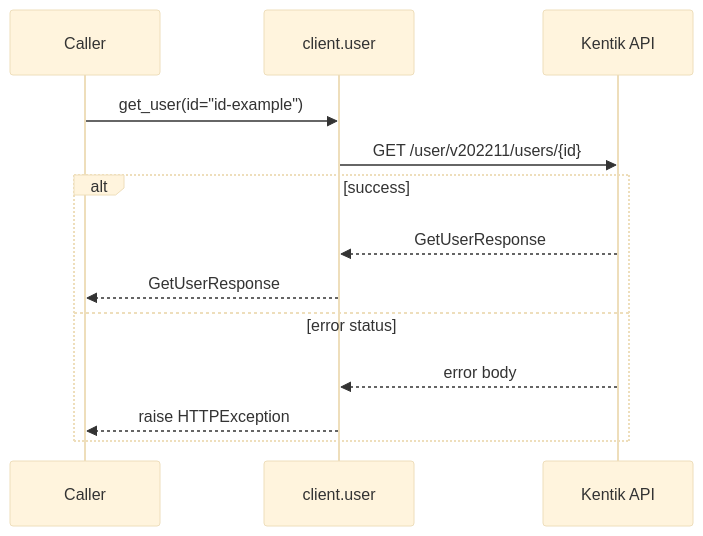
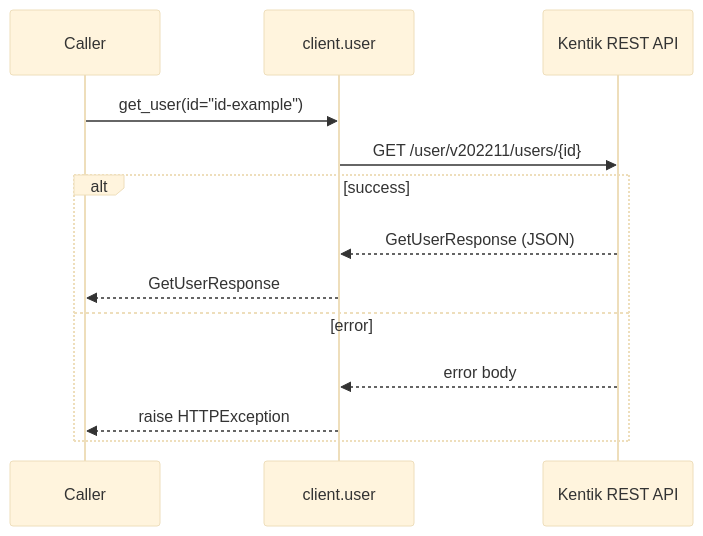
The sixth of 16 diagrams in docs/sphinx/services/user.md (alexdearaujo/community_sdk_python), drawn with Mermaid (base theme) before and after one commit. The commit also changed other lines of this file and 61 other files, not shown here.

````diff
--- a/docs/sphinx/services/user.md
+++ b/docs/sphinx/services/user.md
@@ -125,16 +177,16 @@
 ```mermaid
 sequenceDiagram
     participant C as Caller
     participant W as client.user
-    participant API as Kentik API
+    participant API as Kentik REST API
 
     C->>W: get_user(id="id-example")
     W->>API: GET /user/v202211/users/{id}
     alt success
-        API-->>W: GetUserResponse
+        API-->>W: GetUserResponse (JSON)
         W-->>C: GetUserResponse
-    else error status
+    else error
         API-->>W: error body
         W-->>C: raise HTTPException
     end
 ```
````
